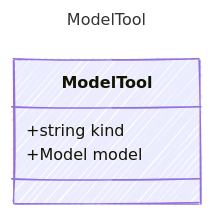
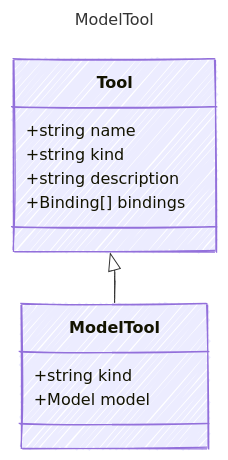
Before and after one commit to microsoft/prompty: the diagram in specification/prompty/docs/ModelTool.md, drawn with Mermaid. The commit also changed 24 other files, not shown here.

````diff
--- a/specification/prompty/docs/ModelTool.md
+++ b/specification/prompty/docs/ModelTool.md
@@ -7,16 +7,23 @@
 ```mermaid
 ---
 title: ModelTool
 config:
   look: handDrawn
   theme: colorful
   class:
     hideEmptyMembersBox: true
 ---
 classDiagram
+    class Tool {
+        +string name
+        +string kind
+        +string description
+        +Binding[] bindings
+    }
+    Tool <|-- ModelTool
     class ModelTool {
       
         +string kind
         +Model model
     }
 ```
````
